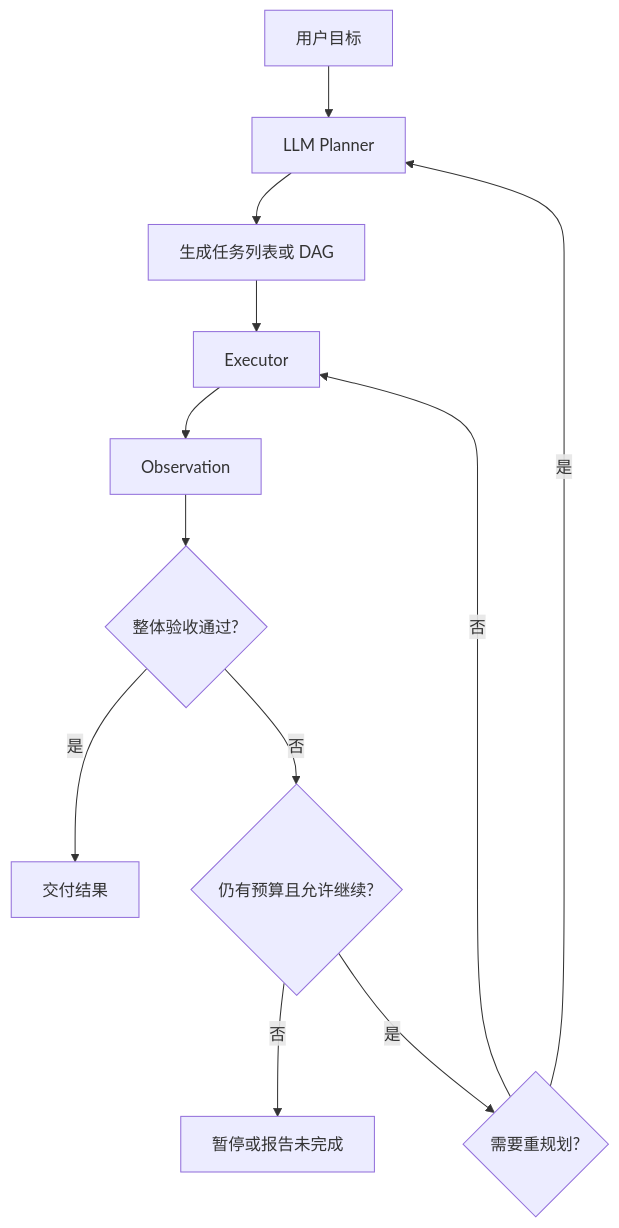
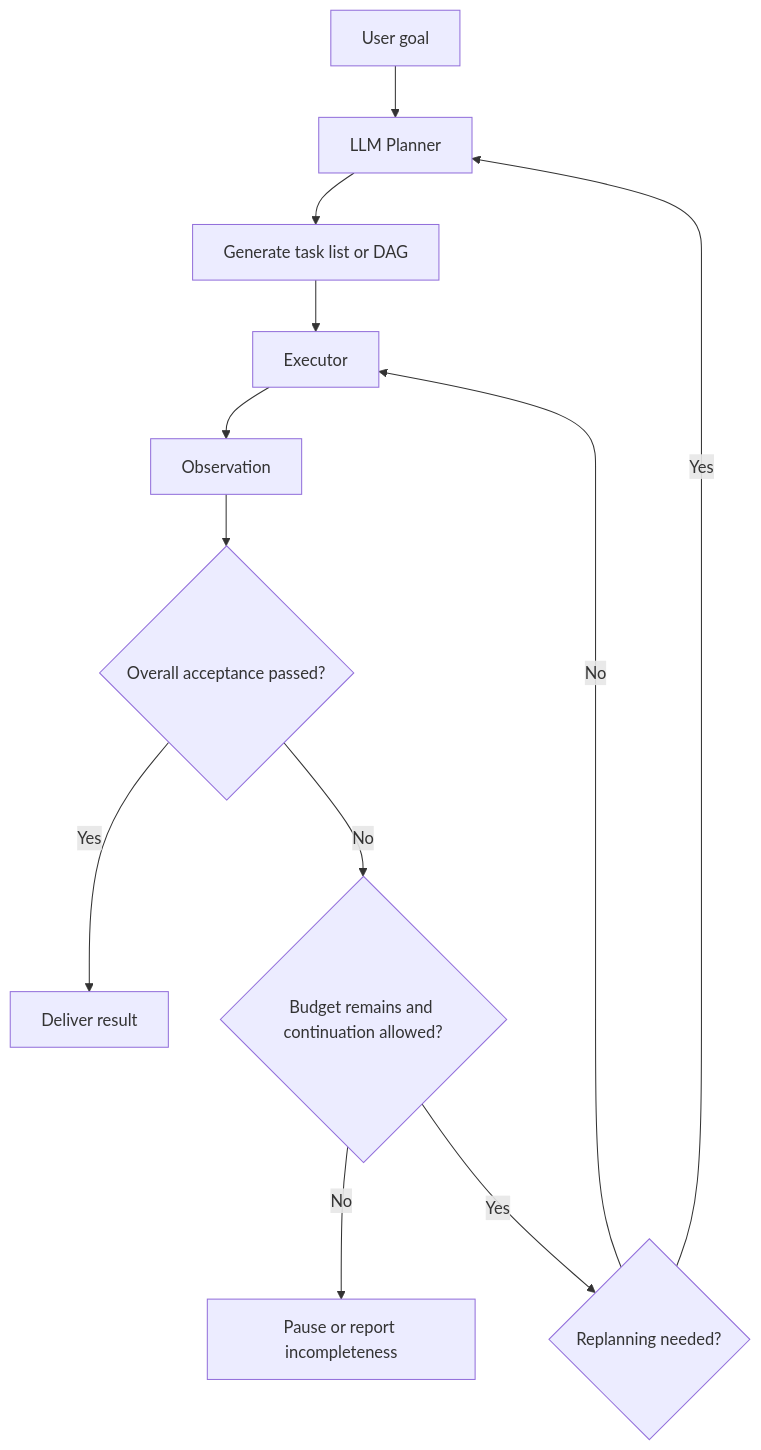
Before and after one commit to oneleaveknowsthefall/awesome-ai-roadmap: the fourth of 16 diagrams in docs/agent/02-reasoning-planning/06-task-decomposition.md, drawn with Mermaid. The commit also changed other lines of this file and 68 other files, not shown here.

````diff
--- a/docs/agent/02-reasoning-planning/06-task-decomposition.md
+++ b/docs/agent/02-reasoning-planning/06-task-decomposition.md
@@ -269,14 +271,14 @@
 ```mermaid
 flowchart TB
-    G[用户目标] --> P[LLM Planner]
-    P --> PLAN[生成任务列表或 DAG]
+    G[User goal] --> P[LLM Planner]
+    P --> PLAN[Generate task list or DAG]
     PLAN --> E[Executor]
     E --> O[Observation]
-    O --> DONE{整体验收通过?}
-    DONE -->|是| OUT[交付结果]
-    DONE -->|否| LIMIT{仍有预算且允许继续?}
-    LIMIT -->|否| STOP[暂停或报告未完成]
-    LIMIT -->|是| RP{需要重规划?}
-    RP -->|否| E
-    RP -->|是| P
+    O --> DONE{Overall acceptance passed?}
+    DONE -->|Yes| OUT[Deliver result]
+    DONE -->|No| LIMIT{Budget remains and continuation allowed?}
+    LIMIT -->|No| STOP[Pause or report incompleteness]
+    LIMIT -->|Yes| RP{Replanning needed?}
+    RP -->|No| E
+    RP -->|Yes| P
 ```
````
